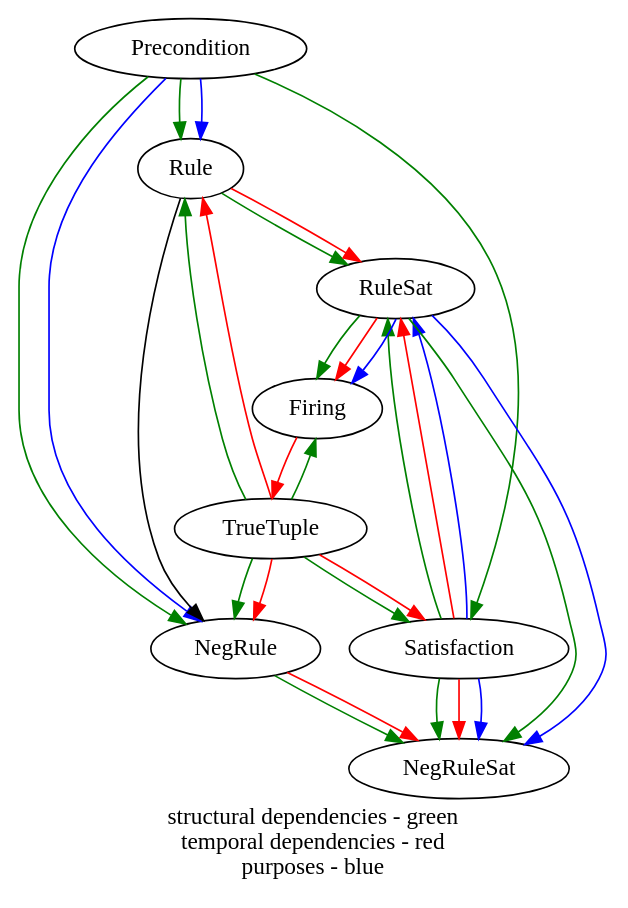
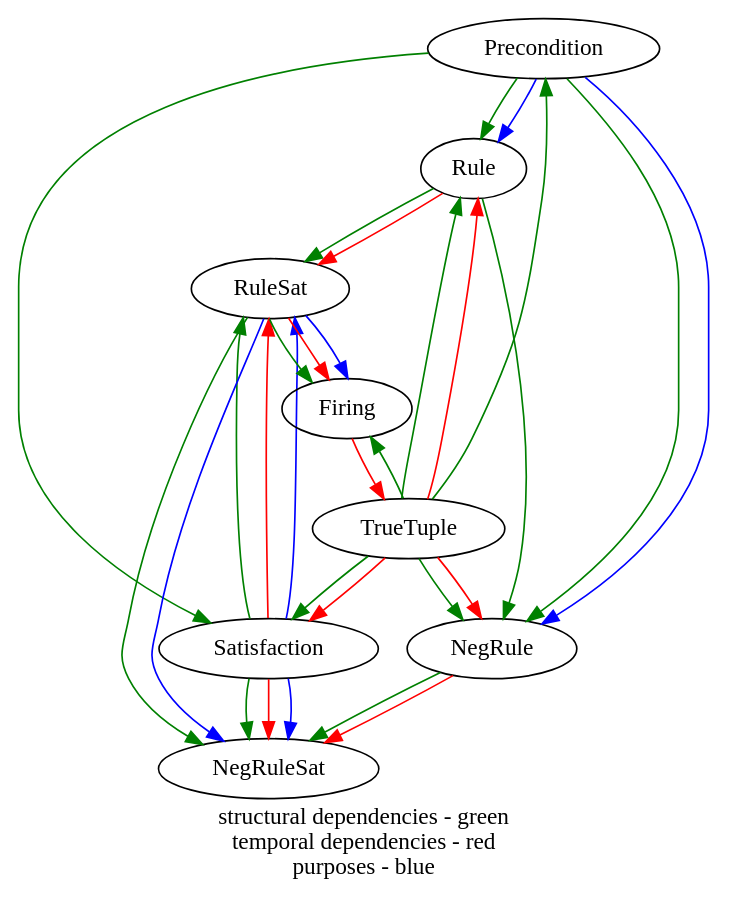
Before and after one commit to hefeix/google-gen: the diagram in doc/components.dot, drawn with Graphviz. The commit also changed 6 other files, not shown here.

```diff
--- a/doc/components.dot
+++ b/doc/components.dot
@@ -1,43 +1,44 @@
 digraph components { // red green blue
 	graph [label= "structural dependencies - green\ntemporal dependencies - red\npurposes - blue"]; // red green blue
 // structural dependencies (one -> many ) relationships
 
 	Precondition ->	Rule [color=green];
 	Precondition -> NegRule [color=green];
 	Precondition -> Satisfaction [color=green];
 	Satisfaction -> RuleSat [color=green];
 	Satisfaction -> NegRuleSat [color=green];
 	Rule -> RuleSat [color=green];
-	Rule -> NegRule
+	Rule -> NegRule [color=green];
 	NegRule -> NegRuleSat [color=green];
 	RuleSat -> NegRuleSat [color=green];
 	RuleSat -> Firing [color=green];
 	TrueTuple -> Satisfaction [color=green];
 	TrueTuple -> Firing [color=green];
 	TrueTuple -> Rule [color=green];
+	TrueTuple -> Precondition [color=green];
 	TrueTuple -> NegRule [color=green];
 
 	
 // Temporal Dependencies
 
 	TrueTuple -> Rule[color=red];
 	TrueTuple -> NegRule [color=red];
 	TrueTuple -> Satisfaction [color=red];
 	Satisfaction -> RuleSat[color=red];
 	Satisfaction -> NegRuleSat [color=red];
 	Rule -> RuleSat [color=red];
 	NegRule -> NegRuleSat [color=red];
 	RuleSat -> Firing [color=red];
 	Firing -> TrueTuple [color=red];
 
 
 // Purposes 
 
 	Precondition -> Rule [color=blue];
 	Precondition -> NegRule [color=blue];
 	Satisfaction -> RuleSat [color=blue];
 	Satisfaction -> NegRuleSat [color=blue];
 	RuleSat -> Firing [color=blue];
 	RuleSat -> NegRuleSat [color=blue];
 
 } // red green blue
```
